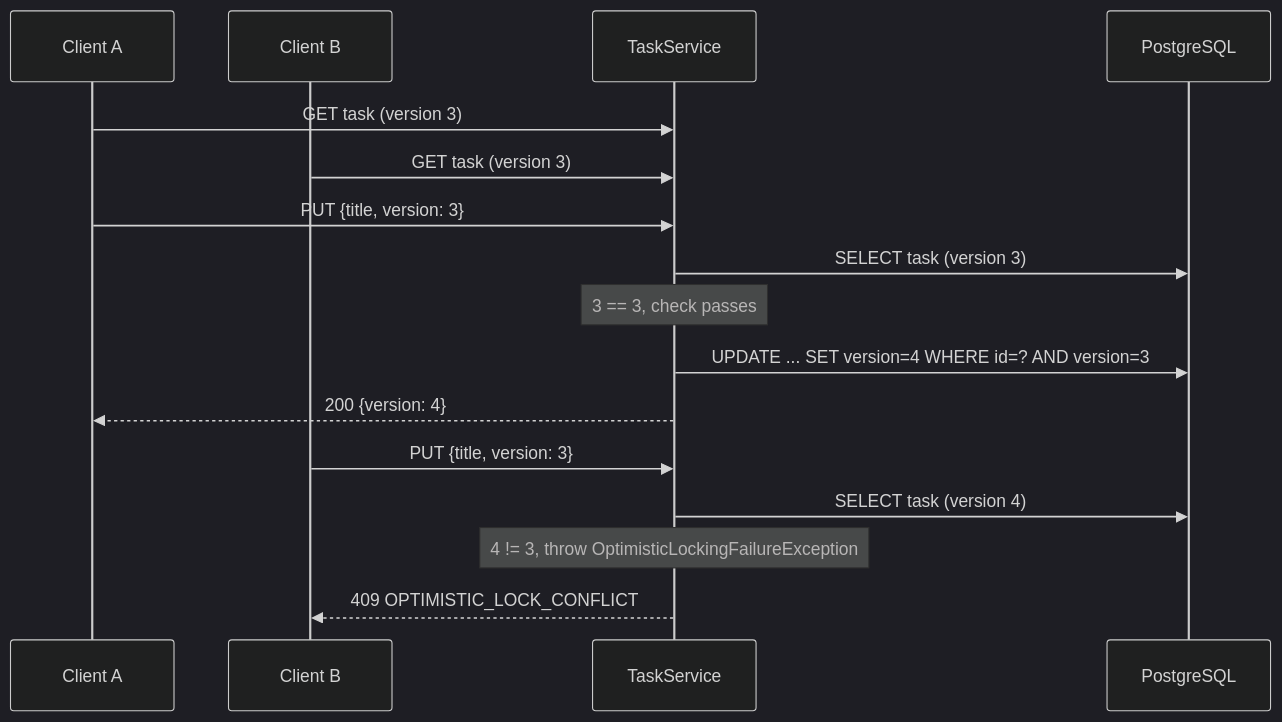
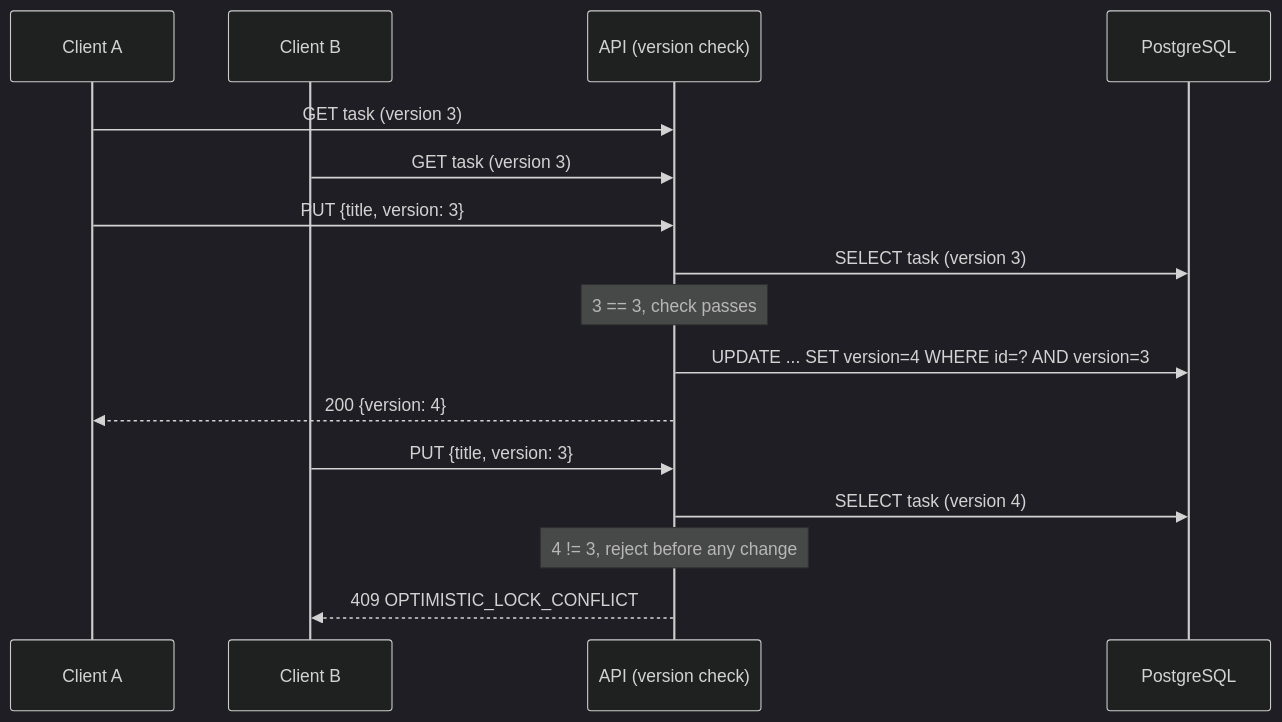
One commit to RudVlad473/kanban-board-backend changed the diagram in docs/learning/03-optimistic-locking.md. Above: the diagram before and after it, drawn with Mermaid (dark theme). The commit also changed 6 other files, not shown here.

First line of the commit message:
docs(quick-261005-sun): verify and fix the kept learning-guide diagrams

````diff
--- a/docs/learning/03-optimistic-locking.md
+++ b/docs/learning/03-optimistic-locking.md
@@ -331,18 +331,18 @@
 ```mermaid
 sequenceDiagram
     participant A as Client A
     participant B as Client B
-    participant S as TaskService
+    participant S as API (version check)
     participant DB as PostgreSQL
     A->>S: GET task (version 3)
     B->>S: GET task (version 3)
     A->>S: PUT {title, version: 3}
     S->>DB: SELECT task (version 3)
     Note over S: 3 == 3, check passes
     S->>DB: UPDATE ... SET version=4 WHERE id=? AND version=3
     S-->>A: 200 {version: 4}
     B->>S: PUT {title, version: 3}
     S->>DB: SELECT task (version 4)
-    Note over S: 4 != 3, throw OptimisticLockingFailureException
+    Note over S: 4 != 3, reject before any change
     S-->>B: 409 OPTIMISTIC_LOCK_CONFLICT
 ```
````
